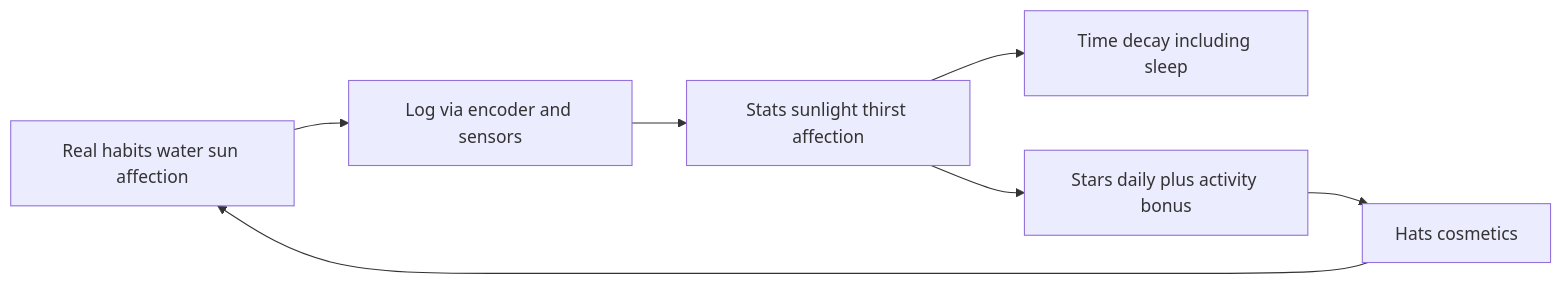
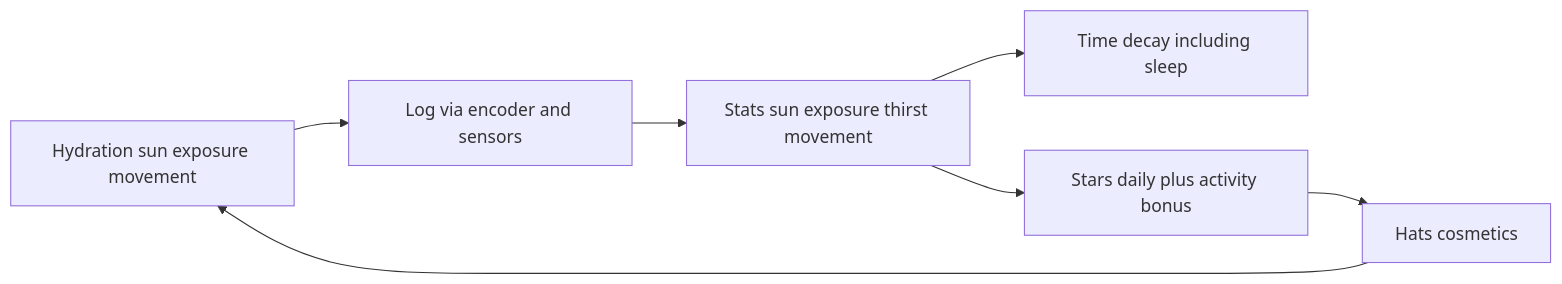
Before and after one commit to Quarks-1/Pomagotchi: the diagram in README.md, drawn with Mermaid. The commit also changed other lines of this file, not shown here.

First line of the commit message:
Use hydration, sun exposure, and movement in README copy.

````diff
--- a/README.md
+++ b/README.md
@@ -112,13 +112,13 @@
 ```mermaid
 flowchart LR
-  realLife[Real habits water sun affection]
+  realLife[Hydration sun exposure movement]
   log[Log via encoder and sensors]
-  stats[Stats sunlight thirst affection]
+  stats[Stats sun exposure thirst movement]
   decay[Time decay including sleep]
   stars[Stars daily plus activity bonus]
   store[Hats cosmetics]
   realLife --> log --> stats
   stats --> decay
   stats --> stars --> store
   store --> realLife
 ```
````
